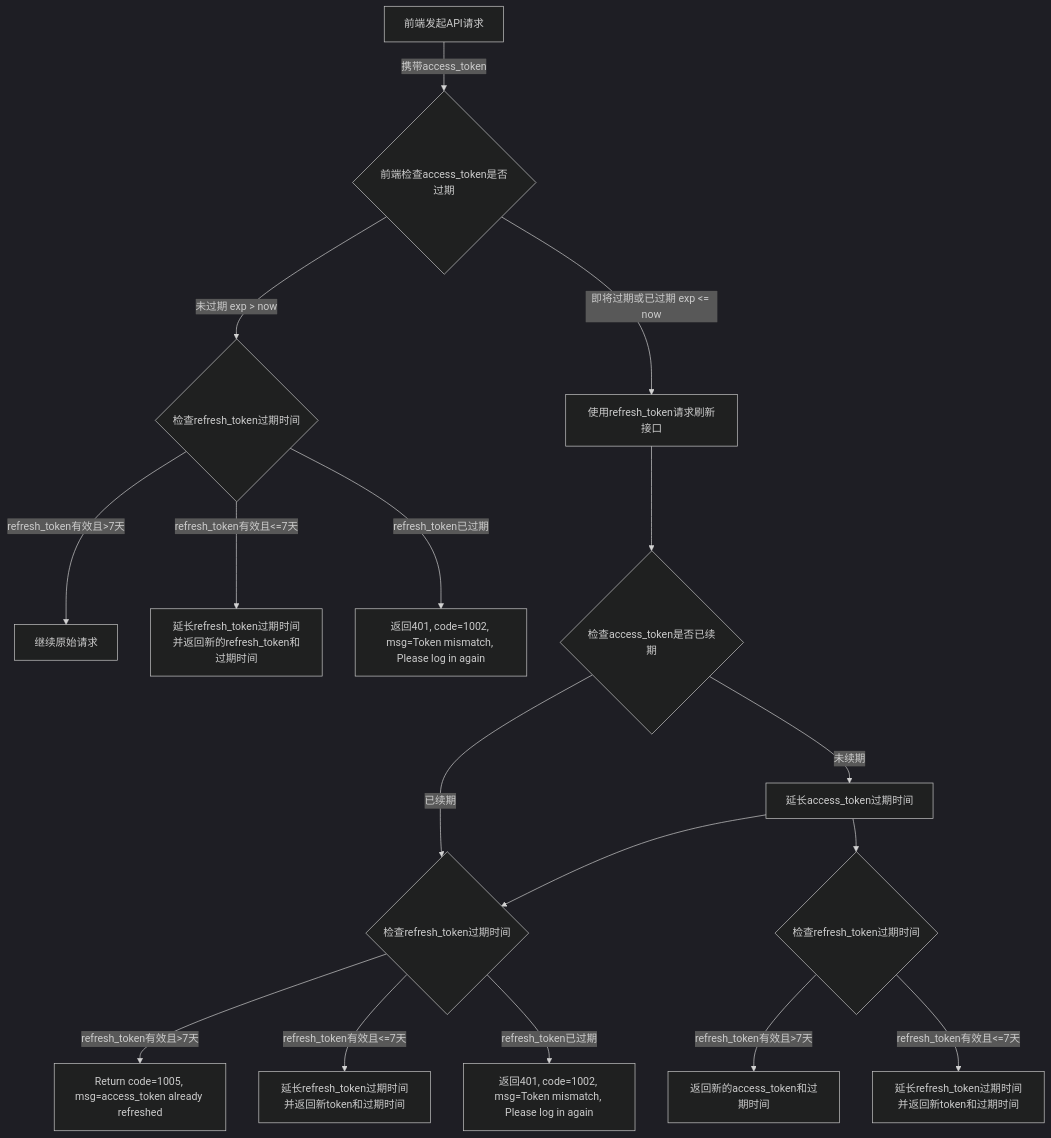
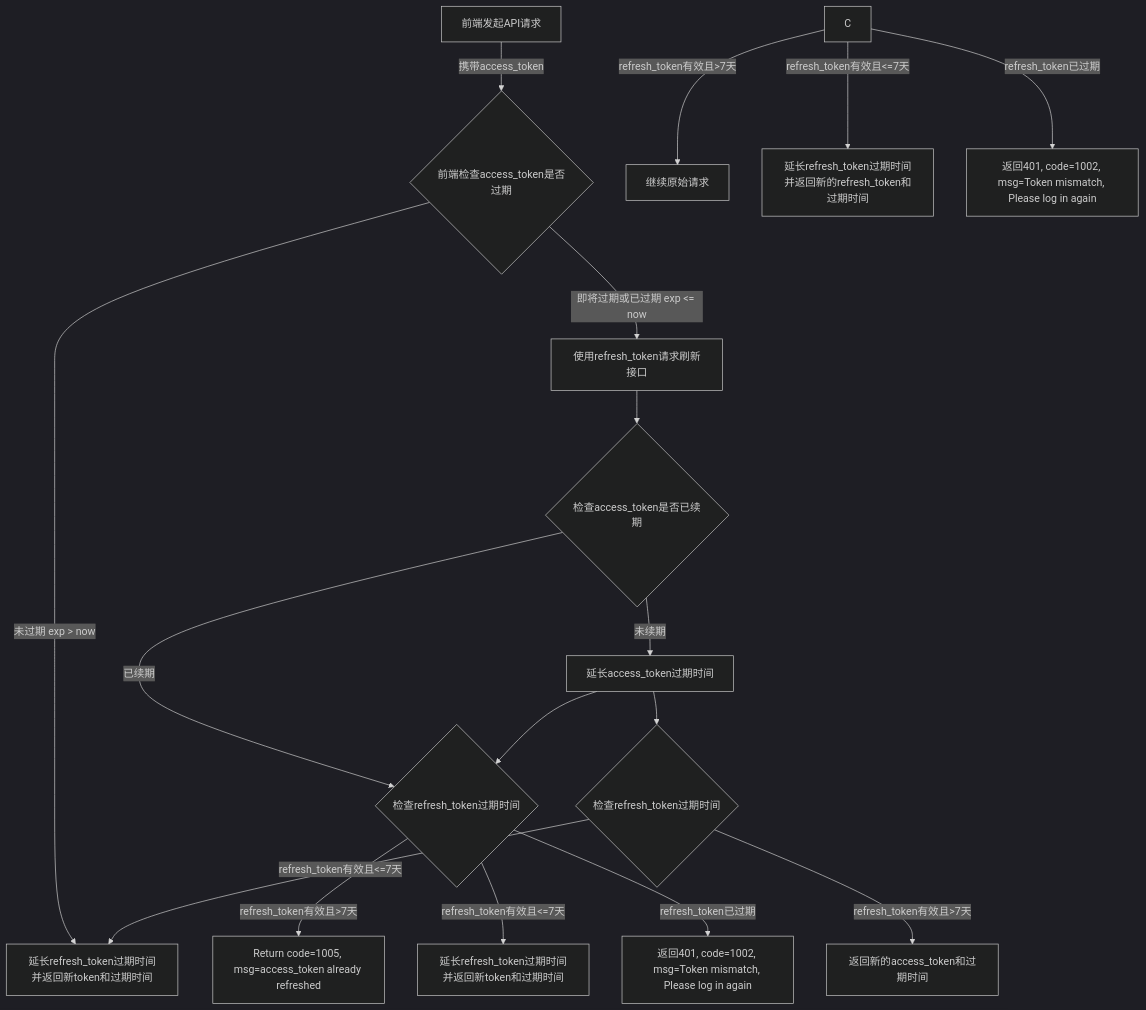
One commit to yingjianzh/iodraw-files changed the diagram in all/openAPI-17.md. Above: the diagram before and after it, drawn with Mermaid (dark theme).

Commit message:
2025-01-08 18:42:54 update

````diff
--- a/all/openAPI-17.md
+++ b/all/openAPI-17.md
@@ -1,19 +1,19 @@
 ```mermaid
 flowchart TD
     A[前端发起API请求] -->|携带access_token| B{前端检查access_token是否过期}
-    B -->|未过期 exp > now| C{检查refresh_token过期时间}
+    B -->|未过期 exp > now| P{检查refresh_token过期时间}
     B -->|即将过期或已过期 exp <= now| D[使用refresh_token请求刷新接口]
     C -->|refresh_token有效且>7天| E[继续原始请求]
     C -->|refresh_token有效且<=7天| F[延长refresh_token过期时间并返回新的refresh_token和过期时间]
     C -->|refresh_token已过期| G[返回401, code=1002, msg=Token mismatch, Please log in again]
     D --> H{检查access_token是否已续期}
     H -->|已续期| I{检查refresh_token过期时间}
     H -->|未续期| J[延长access_token过期时间] --> I
     I -->|refresh_token有效且>7天| K[Return code=1005, msg=access_token already refreshed]
     I -->|refresh_token有效且<=7天| L[延长refresh_token过期时间并返回新token和过期时间]
     I -->|refresh_token已过期| M[返回401, code=1002, msg=Token mismatch, Please log in again]
     J --> N{检查refresh_token过期时间}
     N -->|refresh_token有效且>7天| O[返回新的access_token和过期时间]
     N -->|refresh_token有效且<=7天| P[延长refresh_token过期时间并返回新token和过期时间]
 
 ```
````
